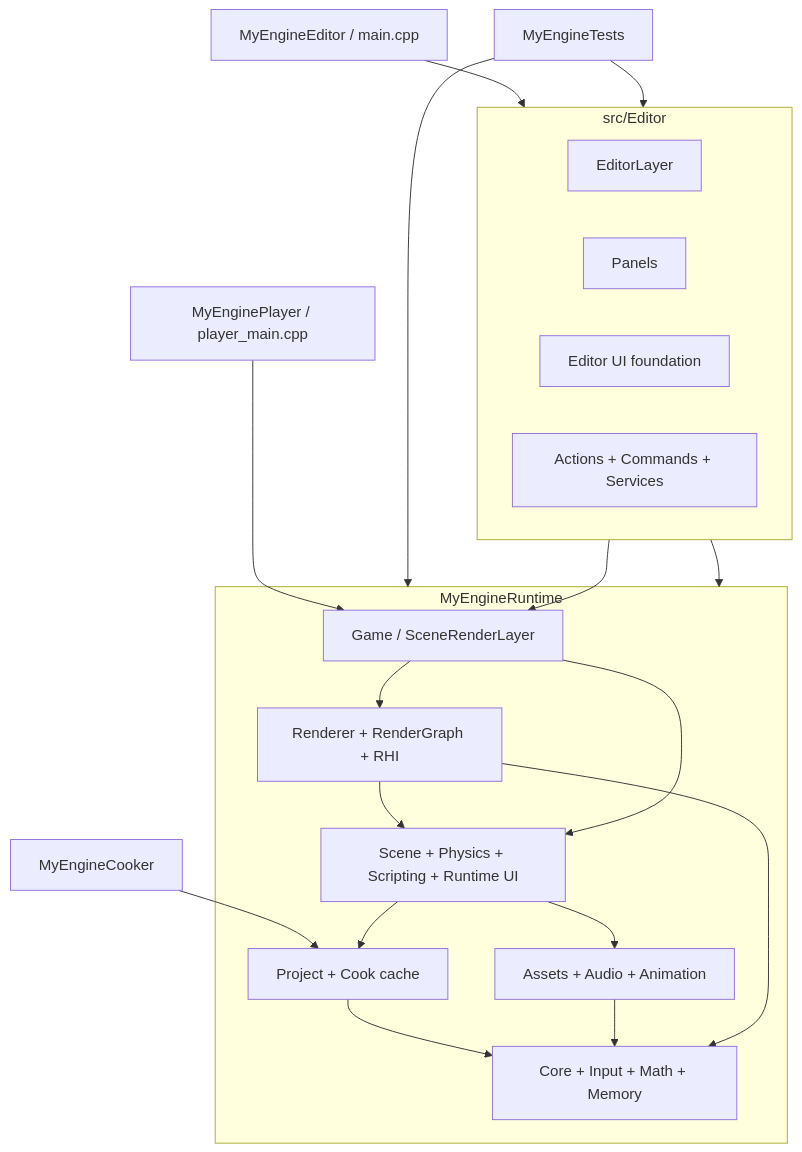
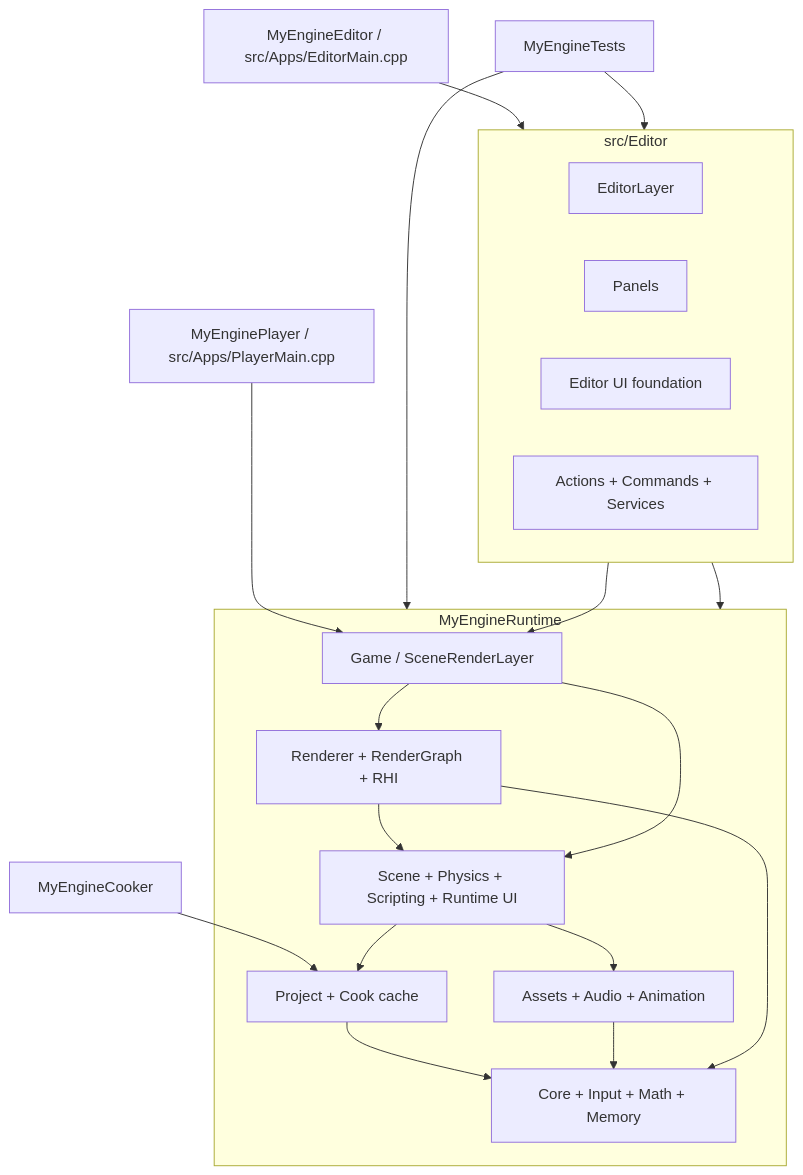
The diagram in docs/architecture.md (bladesero/MyEngine), drawn with Mermaid before and after one commit. The commit also changed other lines of this file and 153 other files, not shown here.

````diff
--- a/docs/architecture.md
+++ b/docs/architecture.md
@@ -69,35 +70,35 @@
 ```mermaid
 flowchart TB
-    EditorExe["MyEngineEditor / main.cpp"] --> Editor
-    PlayerExe["MyEnginePlayer / player_main.cpp"] --> Game
+    EditorExe["MyEngineEditor / src/Apps/EditorMain.cpp"] --> Editor
+    PlayerExe["MyEnginePlayer / src/Apps/PlayerMain.cpp"] --> Game
     CookerExe["MyEngineCooker"] --> Project
     TestsExe["MyEngineTests"] --> Editor
     TestsExe --> Runtime
 
     subgraph Runtime["MyEngineRuntime"]
         Core["Core + Input + Math + Memory"]
         Project["Project + Cook cache"]
         Assets["Assets + Audio + Animation"]
         Scene["Scene + Physics + Scripting + Runtime UI"]
         Renderer["Renderer + RenderGraph + RHI"]
         Game["Game / SceneRenderLayer"]
     end
 
     subgraph Editor["src/Editor"]
         EditorLayer["EditorLayer"]
         Panels["Panels"]
         EditorUI["Editor UI foundation"]
         Actions["Actions + Commands + Services"]
     end
 
     Project --> Core
     Assets --> Core
     Scene --> Assets
     Scene --> Project
     Renderer --> Scene
     Renderer --> Core
     Game --> Renderer
     Game --> Scene
     Editor --> Game
     Editor --> Runtime
 ```
````
